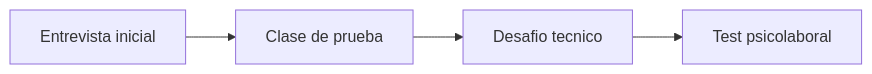
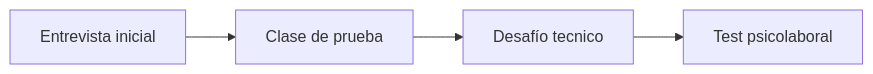
One commit to vladimiracunadev-create/python-data-science-bootcamp changed the diagram in docs/entrevista/proceso-seleccion-skillnest.md. Above: the diagram before and after it, drawn with Mermaid. The commit also changed other lines of this file and 123 other files, not shown here.

````diff
--- a/docs/entrevista/proceso-seleccion-skillnest.md
+++ b/docs/entrevista/proceso-seleccion-skillnest.md
@@ -12,6 +12,6 @@
 ```mermaid
 flowchart LR
-A["Entrevista inicial"] --> B["Clase de prueba"]
-B --> C["Desafio tecnico"]
-C --> D["Test psicolaboral"]
+    A["Entrevista inicial"] --> B["Clase de prueba"]
+    B --> C["Desafío tecnico"]
+    C --> D["Test psicolaboral"]
 ```
````
